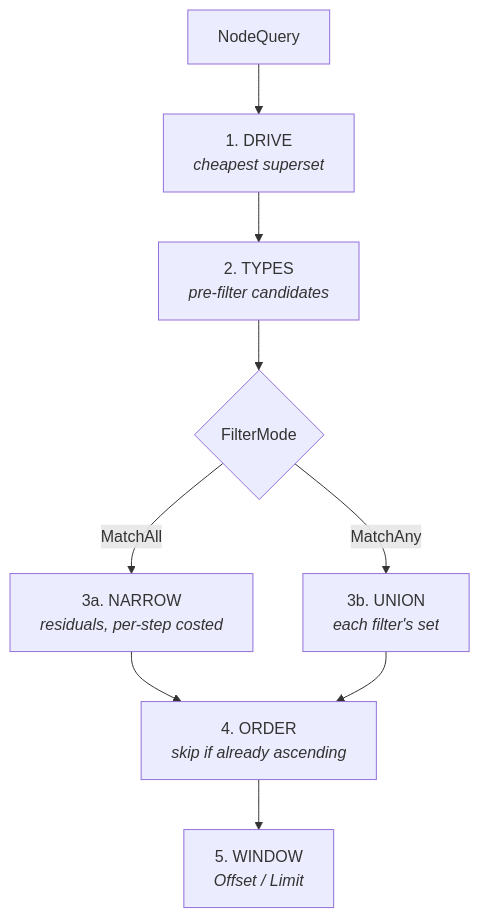
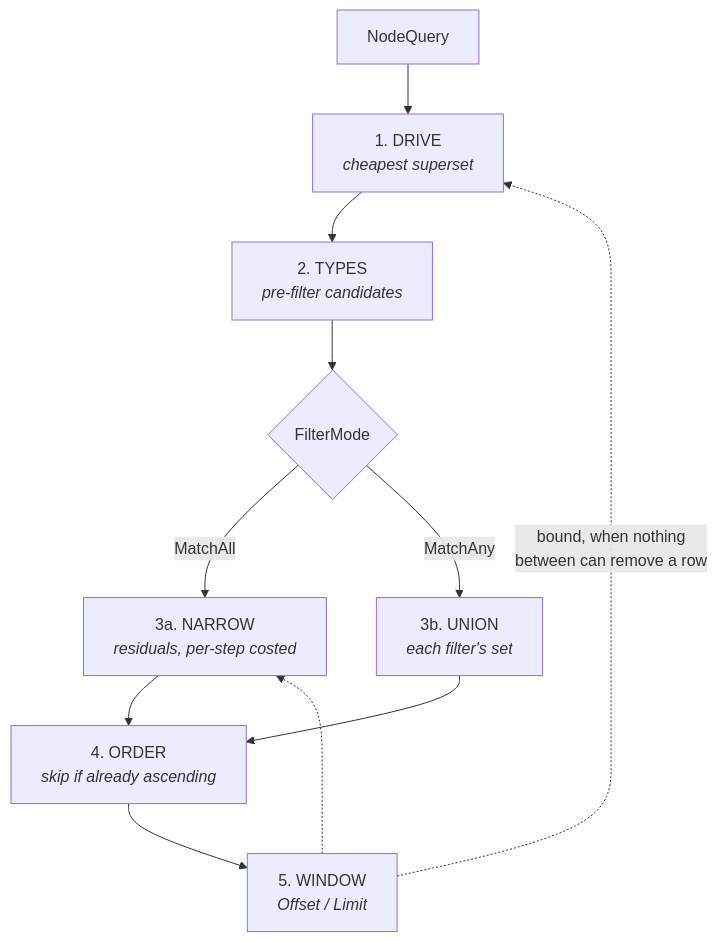
Before and after one commit to aoiflux/graphene: the tenth of 12 diagrams in docs/TECHNICAL_DETAILS.md, drawn with Mermaid. The commit also changed other lines of this file and 26 other files, not shown here.

````diff
--- a/docs/TECHNICAL_DETAILS.md
+++ b/docs/TECHNICAL_DETAILS.md
@@ -1301,11 +1339,13 @@
 ```mermaid
 flowchart TD
     A["NodeQuery"] --> B["1. DRIVE<br/><i>cheapest superset</i>"]
     B --> C["2. TYPES<br/><i>pre-filter candidates</i>"]
     C --> D{"FilterMode"}
     D -->|MatchAll| E["3a. NARROW<br/><i>residuals, per-step costed</i>"]
     D -->|MatchAny| F["3b. UNION<br/><i>each filter's set</i>"]
     E --> G["4. ORDER<br/><i>skip if already ascending</i>"]
     F --> G
     G --> H["5. WINDOW<br/><i>Offset / Limit</i>"]
+    H -.->|"bound, when nothing<br/>between can remove a row"| B
+    H -.-> E
 ```
````
